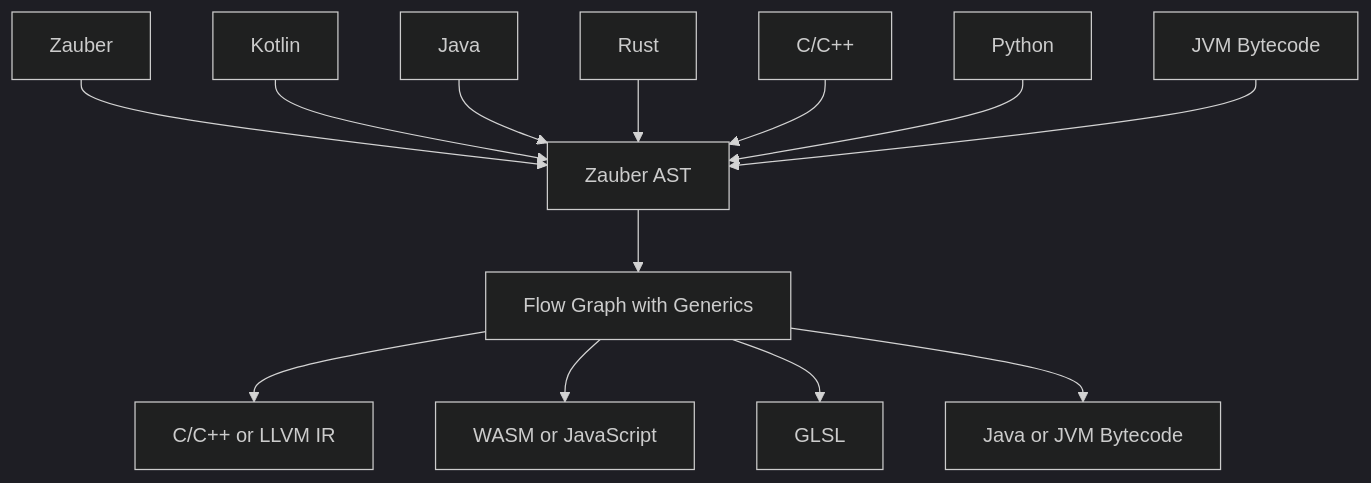
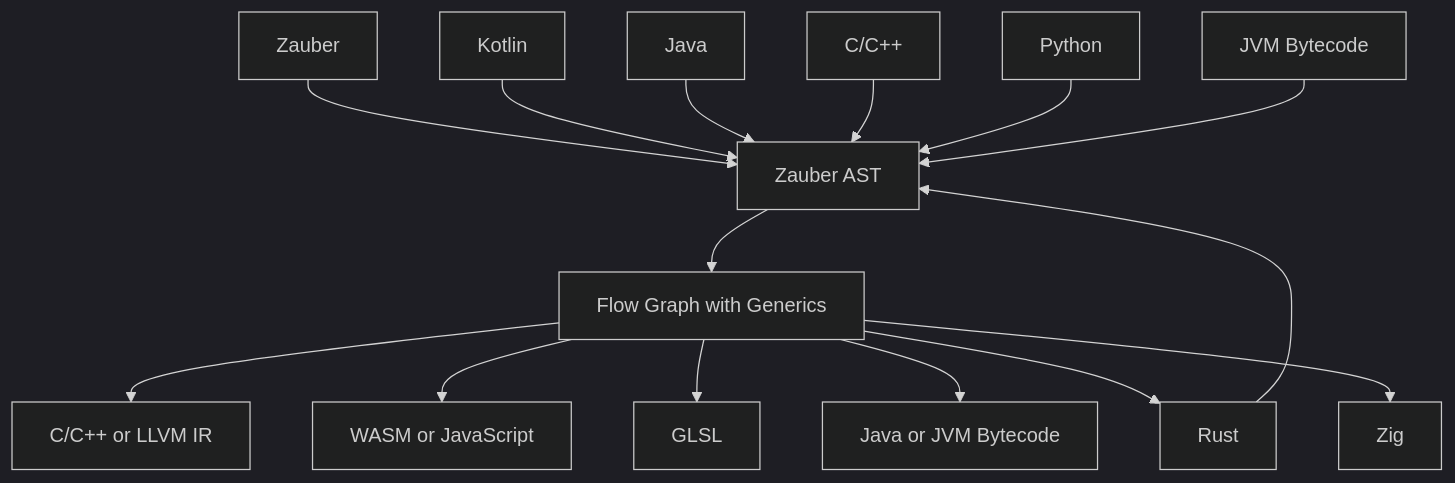
One commit to AntonioNoack/Zauber changed the diagram in README.md. Above: the diagram before and after it, drawn with Mermaid (dark theme). The commit also changed other lines of this file and 22 other files, not shown here.

````diff
--- a/README.md
+++ b/README.md
@@ -70,15 +70,17 @@
 ```mermaid
 flowchart TD
     Zauber --> Intermediate[Zauber AST]
     Kotlin --> Intermediate
     Java --> Intermediate
     Rust --> Intermediate
     Cpp[C/C++] --> Intermediate
     Python --> Intermediate
     JVM[JVM Bytecode] --> Intermediate
     Intermediate --> Simple[Flow Graph with Generics]
     Simple --> C2[C/C++ or LLVM IR]
     Simple --> WASM[WASM or JavaScript]
     Simple --> GLSL
     Simple --> Java2[Java or JVM Bytecode]
+    Simple --> Rust
+    Simple --> Zig
 ```
````
